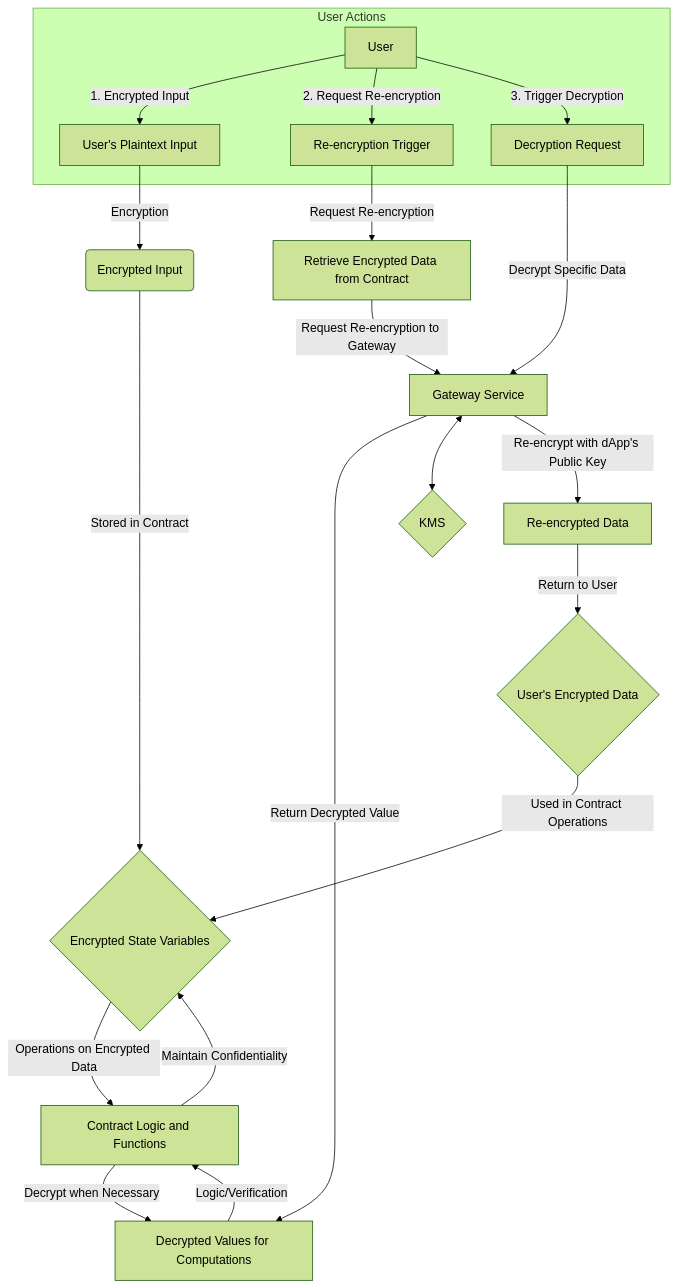
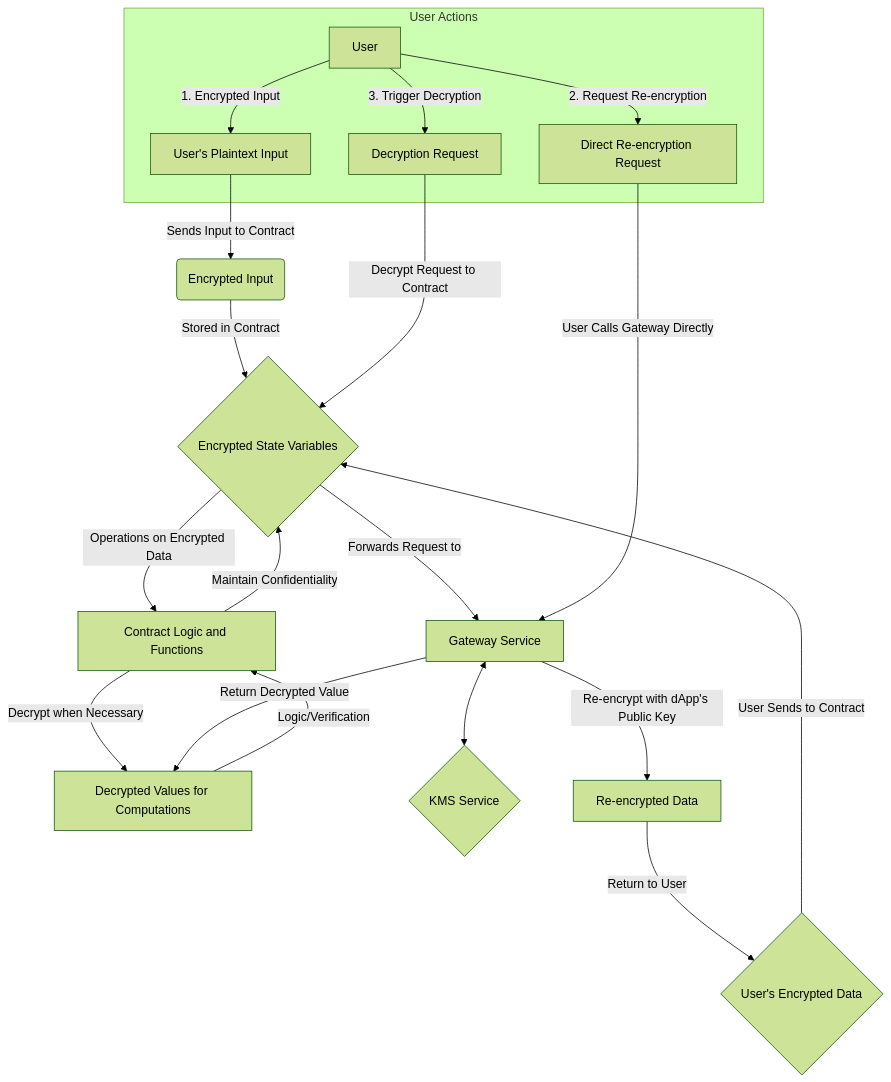
One commit to zama-ai/fhevm changed the second of 4 diagrams in examples/README.md. Above: the diagram before and after it, drawn with Mermaid (forest theme). The commit also changed other lines of this file, not shown here.

````diff
--- a/examples/README.md
+++ b/examples/README.md
@@ -20,32 +20,32 @@
 ```mermaid
 graph TD
     %% User Interaction %%
     subgraph User Actions
         U[User] -->|1. Encrypted Input| A[User's Plaintext Input]
-        U -->|2. Request Re-encryption| F[Re-encryption Trigger]
+        U -->|2. Request Re-encryption| F[Direct Re-encryption Request]
         U -->|3. Trigger Decryption| K[Decryption Request]
     end
 
     %% Encryption Flow %%
-    A -->|Encryption| B(Encrypted Input)
+    A -->|Sends Input to Contract| B(Encrypted Input)
     B -->|Stored in Contract| C{Encrypted State Variables}
 
     %% Using encrypted data in the contract %%
     C -->|Operations on Encrypted Data| D[Contract Logic and Functions]
     D -->|Maintain Confidentiality| C
 
-    %% Encryption and Decryption operations %%
+    %% Decryption operations %%
     D -->|Decrypt when Necessary| E[Decrypted Values for Computations]
     E -->|Logic/Verification| D
-    K -->|Decrypt Specific Data| G[Gateway Service]
+    K -->|Decrypt Request to Contract| C
+    C -->|Forwards Request to| G[Gateway Service]
     G -->|Return Decrypted Value| E
-    G <--> N{KMS}
+    G <--> N{KMS Service}
 
     %% Re-encryption Flow %%
-    F -->|Request Re-encryption| H[Retrieve Encrypted Data from Contract]
-    H -->|Request Re-encryption to Gateway| G
+    F -->|User Calls Gateway Directly| G
     G -->|Re-encrypt with dApp's Public Key| J[Re-encrypted Data]
     J -->|Return to User| M{User's Encrypted Data}
-    M -->|Used in Contract Operations| C
+    M -->|User Sends to Contract| C
 
 ```
````
